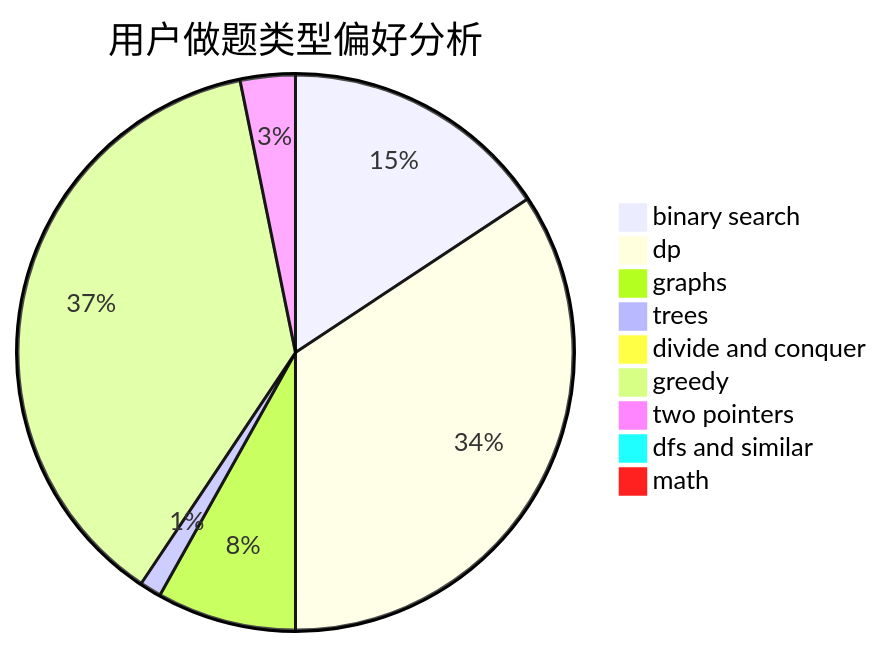
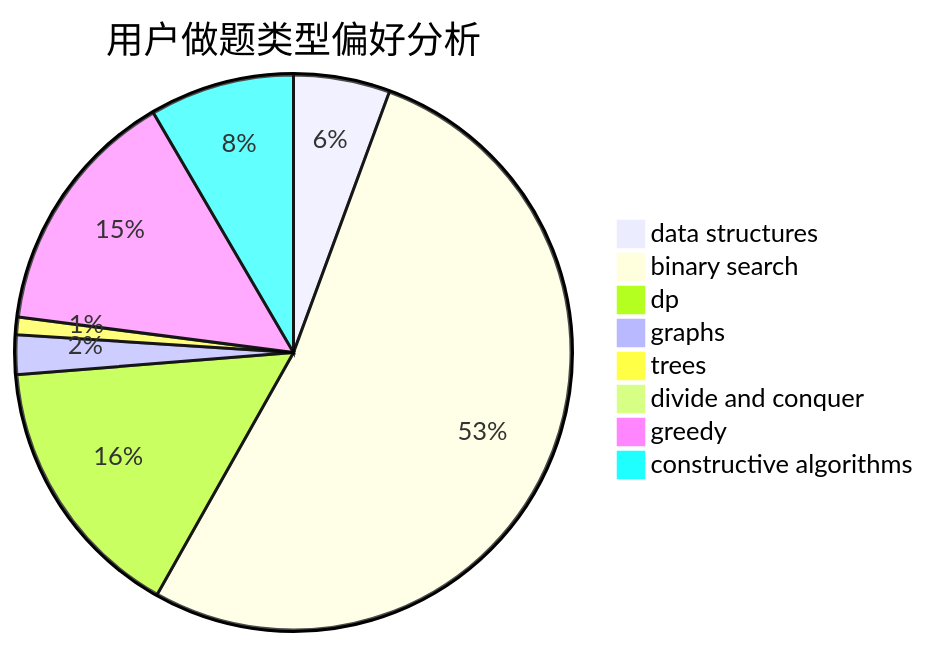
One commit to sherpahu/cfrs.github.io changed the second of 3 diagrams in docs/user/u2173.md. Above: the diagram before and after it, drawn with Mermaid. The commit also changed other lines of this file and 2775 other files, not shown here.

````diff
--- a/docs/user/u2173.md
+++ b/docs/user/u2173.md
@@ -23,12 +23,11 @@
 ```mermaid
 pie title 用户做题类型偏好分析
-    "binary search" :  211
-    "dp" :  461
-    "graphs" :  109
-    "trees" :  17
-    "divide and conquer" :  13
-    "greedy" :  503
-    "two pointers" :  43
-    "dfs and similar" :  5
-    "math" :  5
+    "data structures" :  22
+    "binary search" :  206
+    "dp" :  61
+    "graphs" :  9
+    "trees" :  4
+    "divide and conquer" :  0
+    "greedy" :  57
+    "constructive algorithms" :  33
 ```
````
